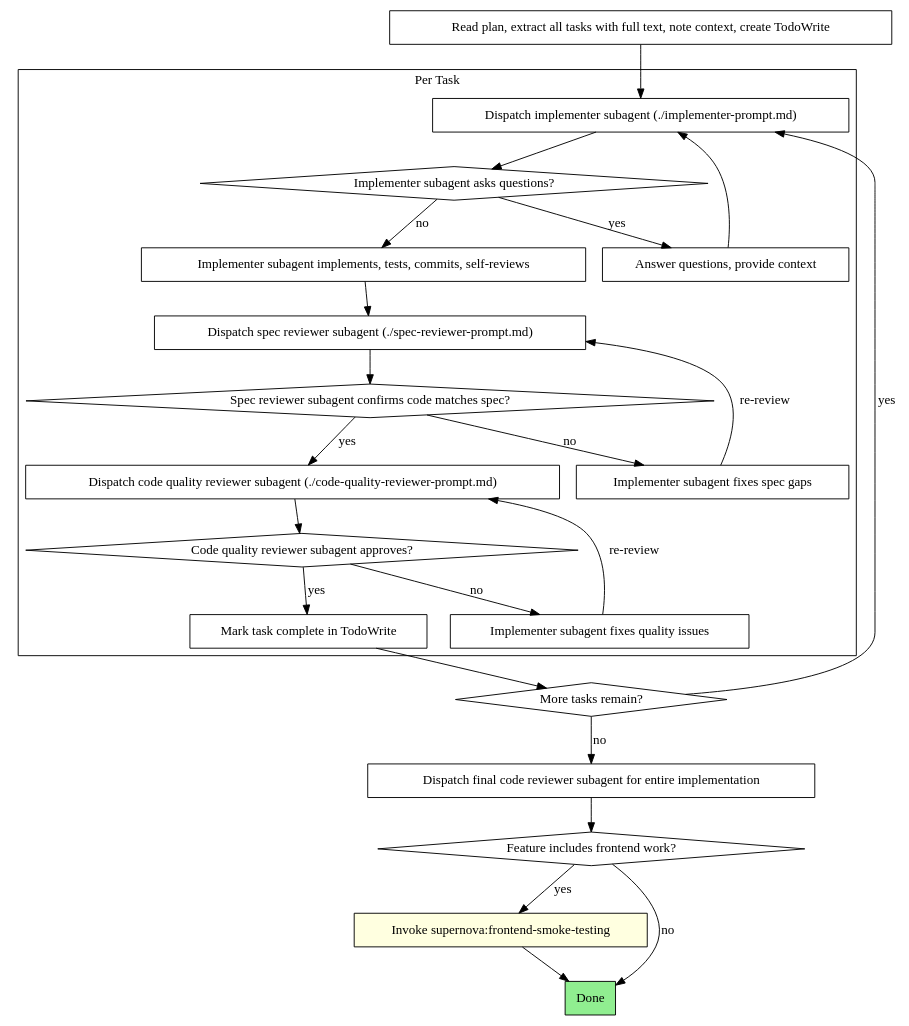
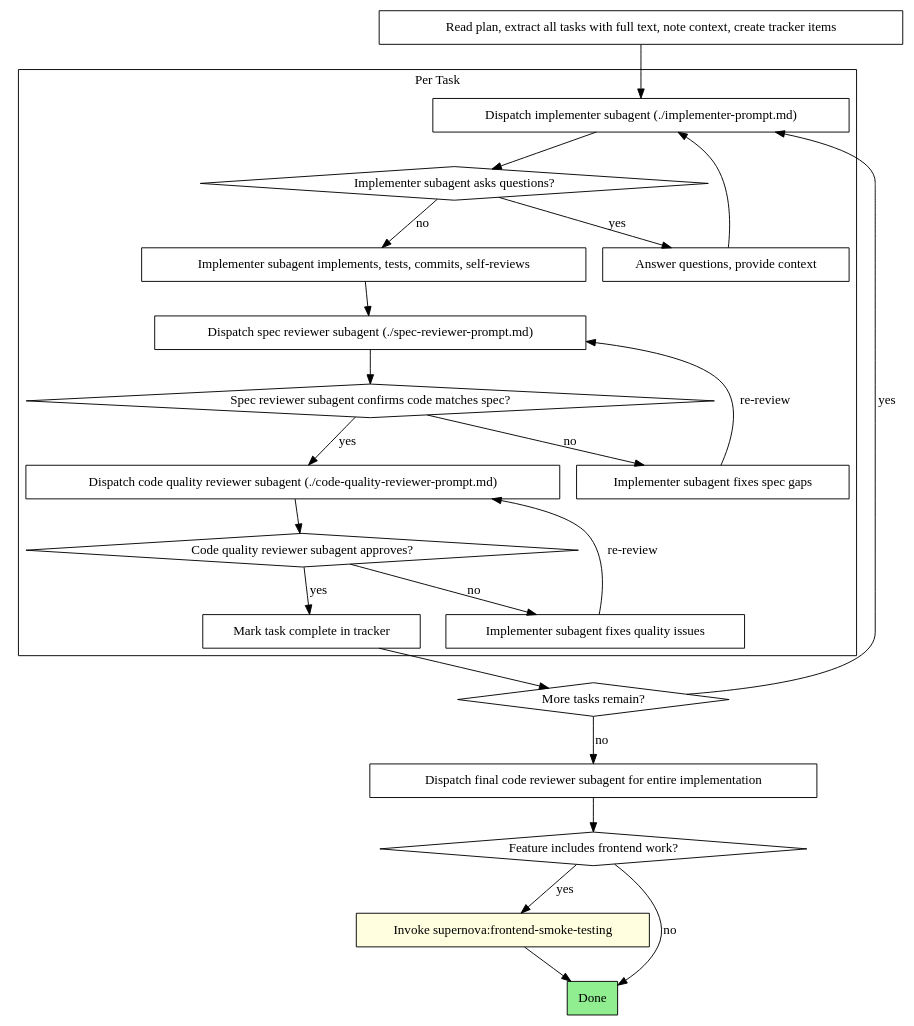
The second of 2 diagrams in skills/subagent-driven-development/SKILL.md (erict-dev/supernova), drawn with Graphviz before and after one commit. The commit also changed other lines of this file and 9 other files, not shown here.

````diff
--- a/skills/subagent-driven-development/SKILL.md
+++ b/skills/subagent-driven-development/SKILL.md
@@ -32,49 +34,49 @@
 ```dot
 digraph process {
     rankdir=TB;
 
     subgraph cluster_per_task {
         label="Per Task";
         "Dispatch implementer subagent (./implementer-prompt.md)" [shape=box];
         "Implementer subagent asks questions?" [shape=diamond];
         "Answer questions, provide context" [shape=box];
         "Implementer subagent implements, tests, commits, self-reviews" [shape=box];
         "Dispatch spec reviewer subagent (./spec-reviewer-prompt.md)" [shape=box];
         "Spec reviewer subagent confirms code matches spec?" [shape=diamond];
         "Implementer subagent fixes spec gaps" [shape=box];
         "Dispatch code quality reviewer subagent (./code-quality-reviewer-prompt.md)" [shape=box];
         "Code quality reviewer subagent approves?" [shape=diamond];
         "Implementer subagent fixes quality issues" [shape=box];
-        "Mark task complete in TodoWrite" [shape=box];
+        "Mark task complete in tracker" [shape=box];
     }
 
-    "Read plan, extract all tasks with full text, note context, create TodoWrite" [shape=box];
+    "Read plan, extract all tasks with full text, note context, create tracker items" [shape=box];
     "More tasks remain?" [shape=diamond];
     "Dispatch final code reviewer subagent for entire implementation" [shape=box];
     "Feature includes frontend work?" [shape=diamond];
     "Invoke supernova:frontend-smoke-testing" [shape=box style=filled fillcolor=lightyellow];
     "Done" [shape=box style=filled fillcolor=lightgreen];
 
-    "Read plan, extract all tasks with full text, note context, create TodoWrite" -> "Dispatch implementer subagent (./implementer-prompt.md)";
+    "Read plan, extract all tasks with full text, note context, create tracker items" -> "Dispatch implementer subagent (./implementer-prompt.md)";
     "Dispatch implementer subagent (./implementer-prompt.md)" -> "Implementer subagent asks questions?";
     "Implementer subagent asks questions?" -> "Answer questions, provide context" [label="yes"];
     "Answer questions, provide context" -> "Dispatch implementer subagent (./implementer-prompt.md)";
     "Implementer subagent asks questions?" -> "Implementer subagent implements, tests, commits, self-reviews" [label="no"];
     "Implementer subagent implements, tests, commits, self-reviews" -> "Dispatch spec reviewer subagent (./spec-reviewer-prompt.md)";
     "Dispatch spec reviewer subagent (./spec-reviewer-prompt.md)" -> "Spec reviewer subagent confirms code matches spec?";
     "Spec reviewer subagent confirms code matches spec?" -> "Implementer subagent fixes spec gaps" [label="no"];
     "Implementer subagent fixes spec gaps" -> "Dispatch spec reviewer subagent (./spec-reviewer-prompt.md)" [label="re-review"];
     "Spec reviewer subagent confirms code matches spec?" -> "Dispatch code quality reviewer subagent (./code-quality-reviewer-prompt.md)" [label="yes"];
     "Dispatch code quality reviewer subagent (./code-quality-reviewer-prompt.md)" -> "Code quality reviewer subagent approves?";
     "Code quality reviewer subagent approves?" -> "Implementer subagent fixes quality issues" [label="no"];
     "Implementer subagent fixes quality issues" -> "Dispatch code quality reviewer subagent (./code-quality-reviewer-prompt.md)" [label="re-review"];
-    "Code quality reviewer subagent approves?" -> "Mark task complete in TodoWrite" [label="yes"];
-    "Mark task complete in TodoWrite" -> "More tasks remain?";
+    "Code quality reviewer subagent approves?" -> "Mark task complete in tracker" [label="yes"];
+    "Mark task complete in tracker" -> "More tasks remain?";
     "More tasks remain?" -> "Dispatch implementer subagent (./implementer-prompt.md)" [label="yes"];
     "More tasks remain?" -> "Dispatch final code reviewer subagent for entire implementation" [label="no"];
     "Dispatch final code reviewer subagent for entire implementation" -> "Feature includes frontend work?";
     "Feature includes frontend work?" -> "Invoke supernova:frontend-smoke-testing" [label="yes"];
     "Feature includes frontend work?" -> "Done" [label="no"];
     "Invoke supernova:frontend-smoke-testing" -> "Done";
 }
 ```
````
